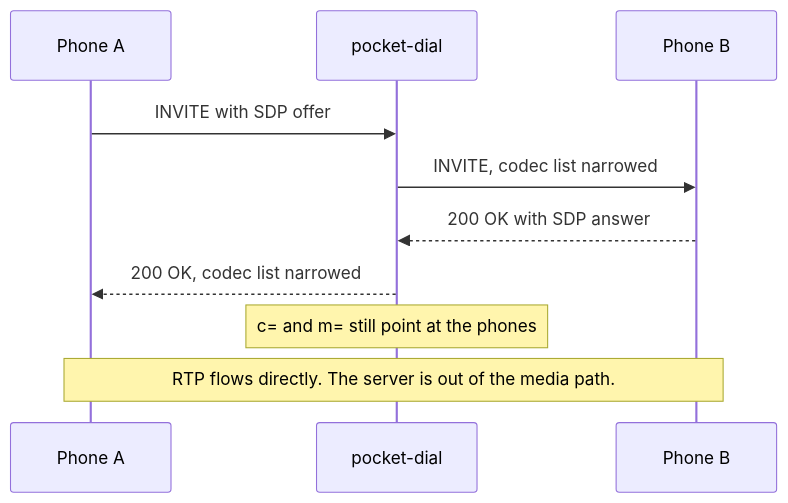
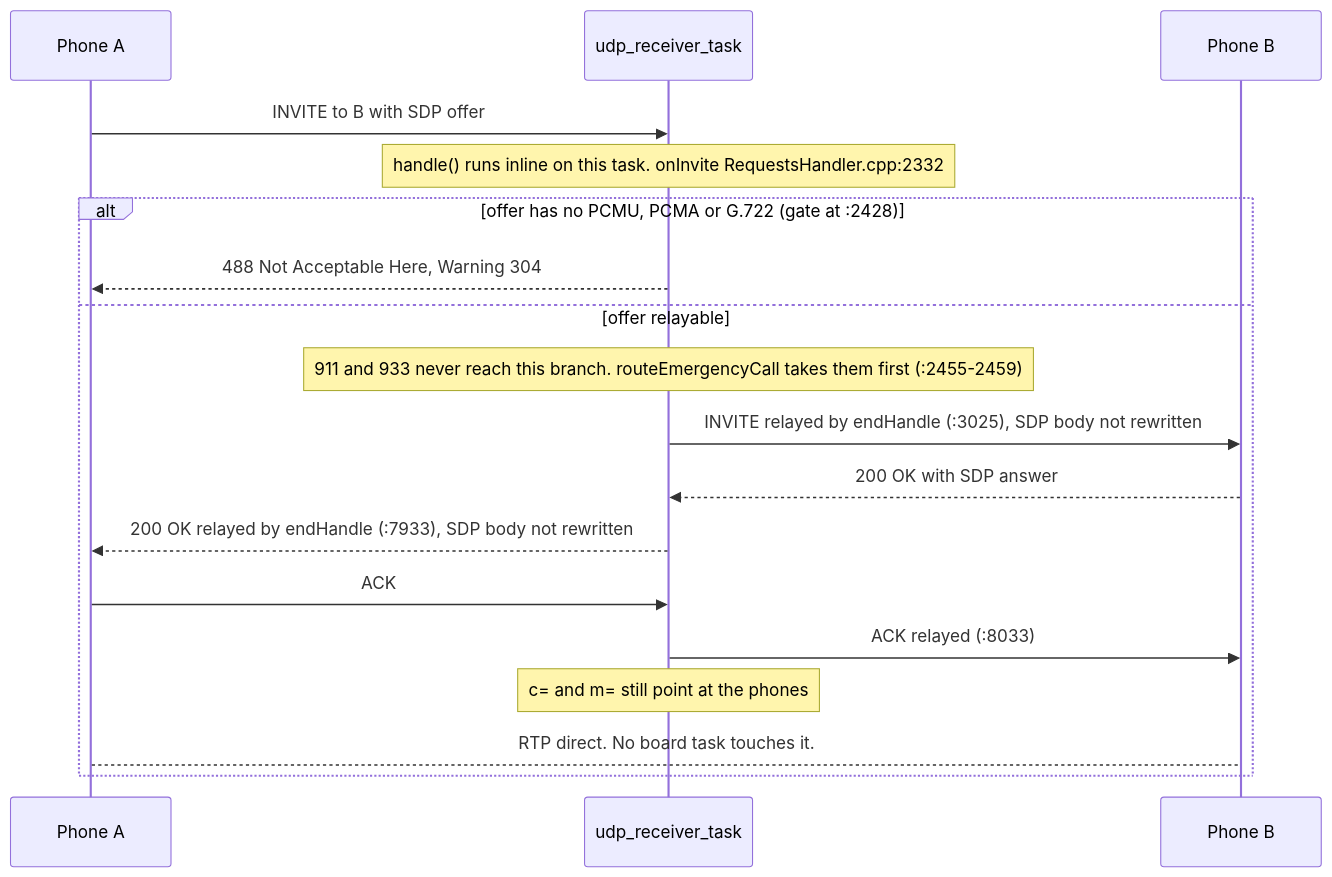
Before and after one commit to GlomarGadaffi/pocket-dial: the first of 3 diagrams in docs/RTP.md, drawn with Mermaid. The commit also changed other lines of this file and 29 other files, not shown here.

First line of the commit message:
docs: make the Mermaid diagrams exact against main (#1105)

````diff
--- a/docs/RTP.md
+++ b/docs/RTP.md
@@ -90,12 +92,20 @@
 ```mermaid
 sequenceDiagram
     participant A as Phone A
-    participant S as pocket-dial
+    participant U as udp_receiver_task
     participant B as Phone B
-    A->>S: INVITE with SDP offer
-    S->>B: INVITE, codec list narrowed
-    B-->>S: 200 OK with SDP answer
-    S-->>A: 200 OK, codec list narrowed
-    Note over S: c= and m= still point at the phones
-    Note over A,B: RTP flows directly. The server is out of the media path.
+    A->>U: INVITE to B with SDP offer
+    Note over U: handle() runs inline on this task. onInvite RequestsHandler.cpp:2332
+    alt offer has no PCMU, PCMA or G.722 (gate at :2428)
+        U-->>A: 488 Not Acceptable Here, Warning 304
+    else offer relayable
+        Note over U: 911 and 933 never reach this branch. routeEmergencyCall takes them first (:2455-2459)
+        U->>B: INVITE relayed by endHandle (:3025), SDP body not rewritten
+        B-->>U: 200 OK with SDP answer
+        U-->>A: 200 OK relayed by endHandle (:7933), SDP body not rewritten
+        A->>U: ACK
+        U->>B: ACK relayed (:8033)
+        Note over U: c= and m= still point at the phones
+        A-->B: RTP direct. No board task touches it.
+    end
 ```
````
